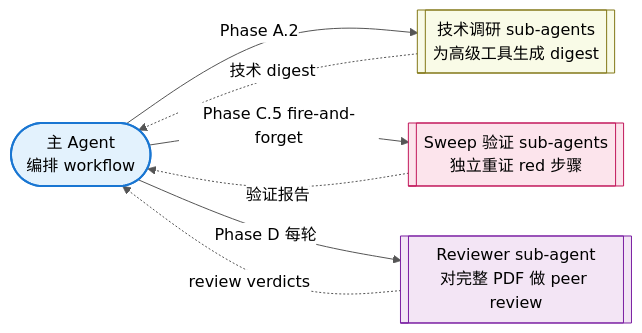
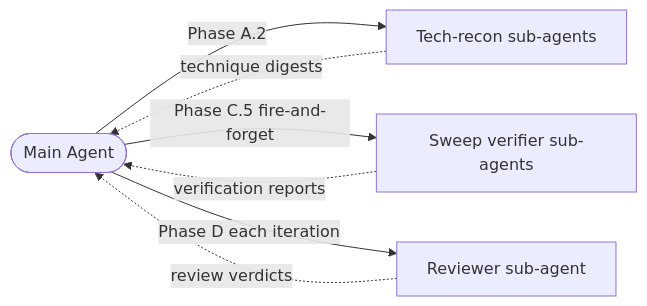
Before and after one commit to ChristianYang37/DLT-Proof-Writing-Skill: the second of 2 diagrams in README.zh.md, drawn with Mermaid. The commit also changed other lines of this file and 1 other file, not shown here.

First line of the commit message:
Mermaid: strip ALL styling, fall back to bare Mermaid defaults

````diff
--- a/README.zh.md
+++ b/README.zh.md
@@ -67,19 +66,13 @@
 ```mermaid
-%%{init: {'theme':'base', 'themeVariables': {'primaryTextColor':'#000','primaryColor':'#fff','lineColor':'#555','textColor':'#000','edgeLabelBackground':'#ffffff','tertiaryTextColor':'#000','clusterTextColor':'#000','nodeTextColor':'#000'}}}%%
 flowchart LR
-    Main(["主 Agent<br/>编排 workflow"])
-    Sub1[["技术调研 sub-agents<br/>为高级工具生成 digest"]]
-    Sub2[["Sweep 验证 sub-agents<br/>独立重证 red 步骤"]]
-    Sub3[["Reviewer sub-agent<br/>对完整 PDF 做 peer review"]]
-    Main -->|"Phase A.2"| Sub1
-    Main -->|"Phase C.5 fire-and-forget"| Sub2
-    Main -->|"Phase D 每轮"| Sub3
-    Sub1 -.->|"技术 digest"| Main
-    Sub2 -.->|"验证报告"| Main
-    Sub3 -.->|"review verdicts"| Main
-
-    style Main fill:#e3f2fd,stroke:#1976d2,stroke-width:2px,color:#000
-    style Sub1 fill:#f9fbe7,stroke:#827717,color:#000
-    style Sub2 fill:#fce4ec,stroke:#c2185b,color:#000
-    style Sub3 fill:#f3e5f5,stroke:#7b1fa2,color:#000
+    Main([Main Agent])
+    Sub1[Tech-recon sub-agents]
+    Sub2[Sweep verifier sub-agents]
+    Sub3[Reviewer sub-agent]
+    Main -->|Phase A.2| Sub1
+    Main -->|Phase C.5 fire-and-forget| Sub2
+    Main -->|Phase D each iteration| Sub3
+    Sub1 -.->|technique digests| Main
+    Sub2 -.->|verification reports| Main
+    Sub3 -.->|review verdicts| Main
 ```
````
